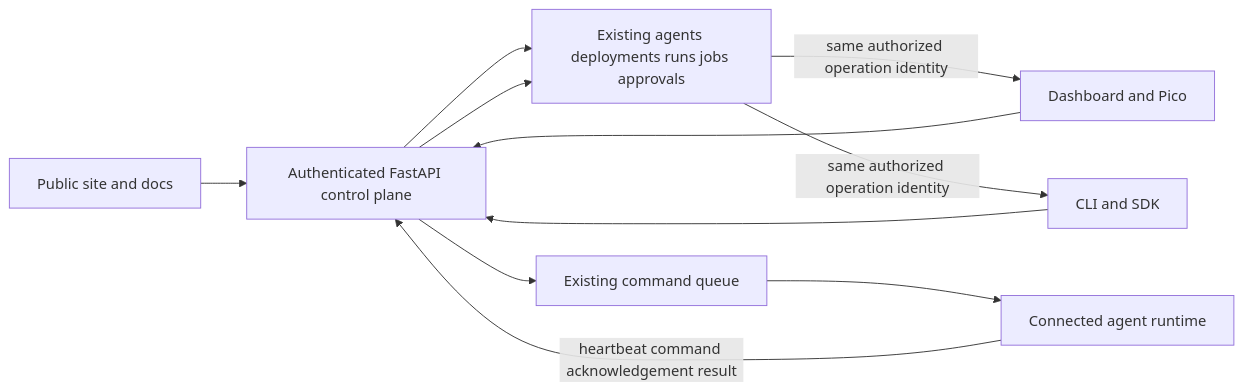
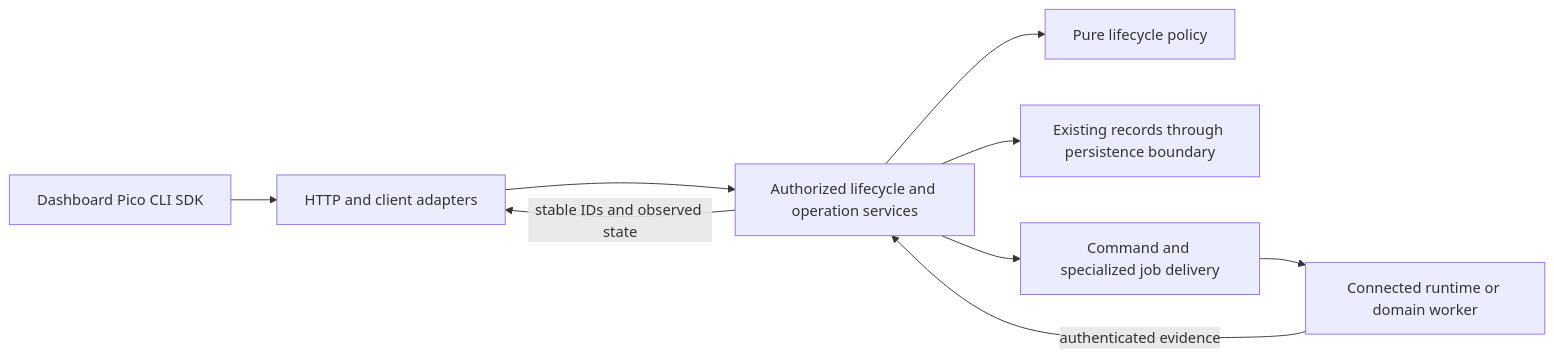
Before and after one commit to mutx-dev/mutx-dev: the first of 4 diagrams in docs/plans/2026-09-30-2056-refactor-mutx-product-revival-plan.md, drawn with Mermaid. The commit also changed other lines of this file, not shown here.

````diff
--- a/docs/plans/2026-09-30-2056-refactor-mutx-product-revival-plan.md
+++ b/docs/plans/2026-09-30-2056-refactor-mutx-product-revival-plan.md
@@ -150,13 +184,11 @@
 ```mermaid
 flowchart LR
-  Site[Public site and docs] --> API[Authenticated FastAPI control plane]
-  UI[Dashboard and Pico] --> API
-  CLI[CLI and SDK] --> API
-  API --> Records[Existing agents deployments runs jobs approvals]
-  API --> Commands[Existing command queue]
-  Commands --> Runtime[Connected agent runtime]
-  Runtime -->|heartbeat command acknowledgement result| API
-  API --> Records
-  Records -->|same authorized operation identity| UI
-  Records -->|same authorized operation identity| CLI
+  Clients[Dashboard Pico CLI SDK] --> Adapters[HTTP and client adapters]
+  Adapters --> Services[Authorized lifecycle and operation services]
+  Services --> Policy[Pure lifecycle policy]
+  Services --> Store[Existing records through persistence boundary]
+  Services --> Delivery[Command and specialized job delivery]
+  Delivery --> Executors[Connected runtime or domain worker]
+  Executors -->|authenticated evidence| Services
+  Services -->|stable IDs and observed state| Adapters
 ```
````
